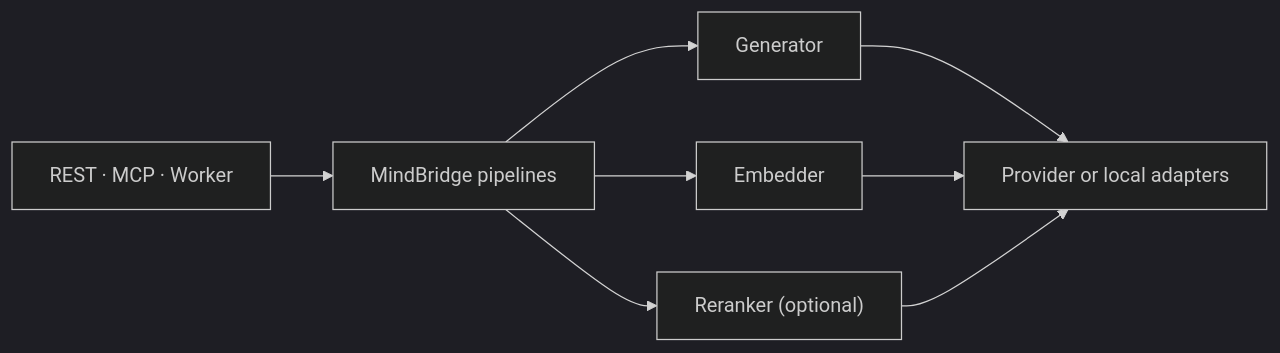
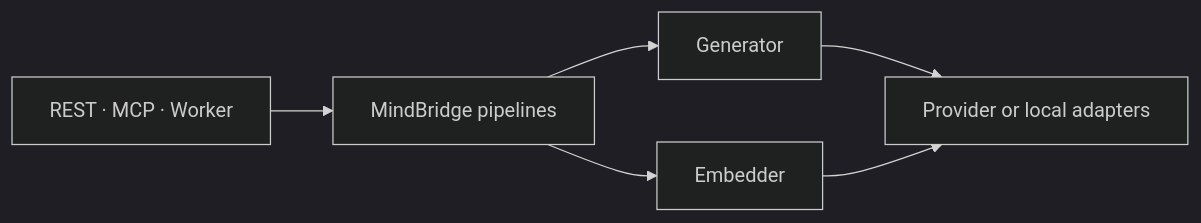
One commit to EventHorizon-Lab/MindBridge changed the diagram in docs/plugin-architecture.md. Above: the diagram before and after it, drawn with Mermaid (dark theme). The commit also changed other lines of this file and 16 other files, not shown here.

````diff
--- a/docs/plugin-architecture.md
+++ b/docs/plugin-architecture.md
@@ -9,10 +15,8 @@
 ```mermaid
 flowchart LR
     API["REST · MCP · Worker"] --> PIPE["MindBridge pipelines"]
     PIPE --> GEN["Generator"]
     PIPE --> EMB["Embedder"]
-    PIPE --> RERANK["Reranker (optional)"]
     GEN --> PROVIDERS["Provider or local adapters"]
     EMB --> PROVIDERS
-    RERANK --> PROVIDERS
 ```
````
